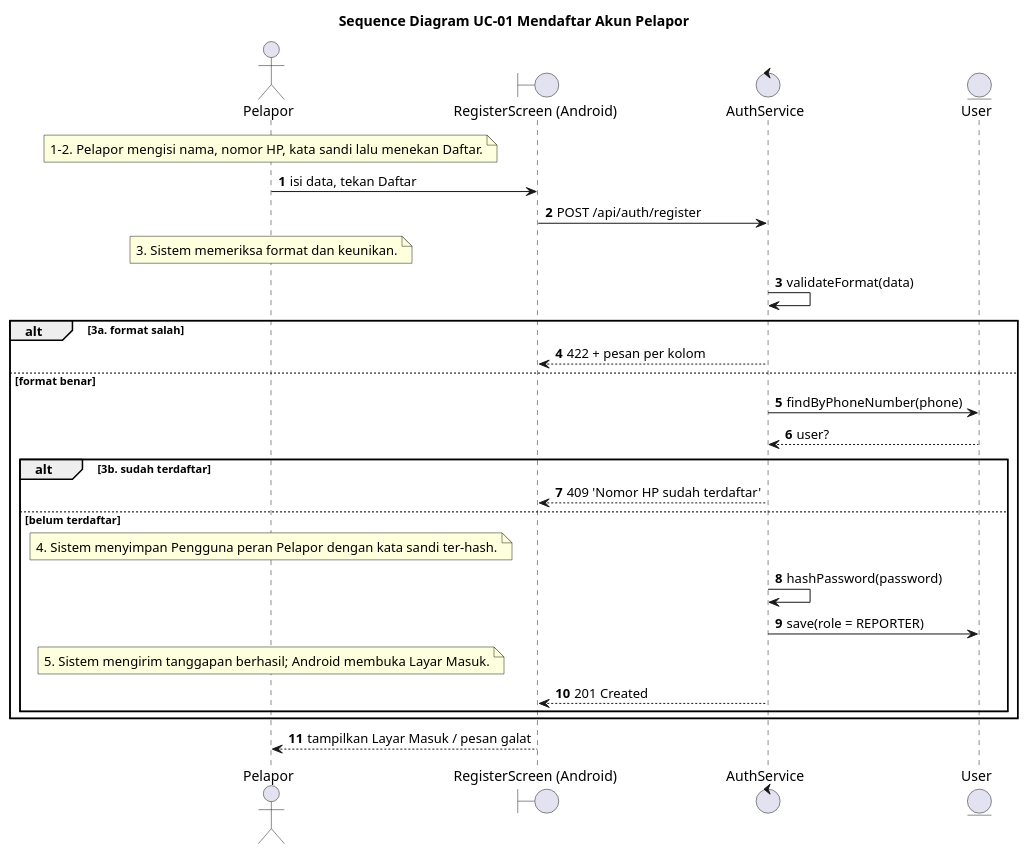
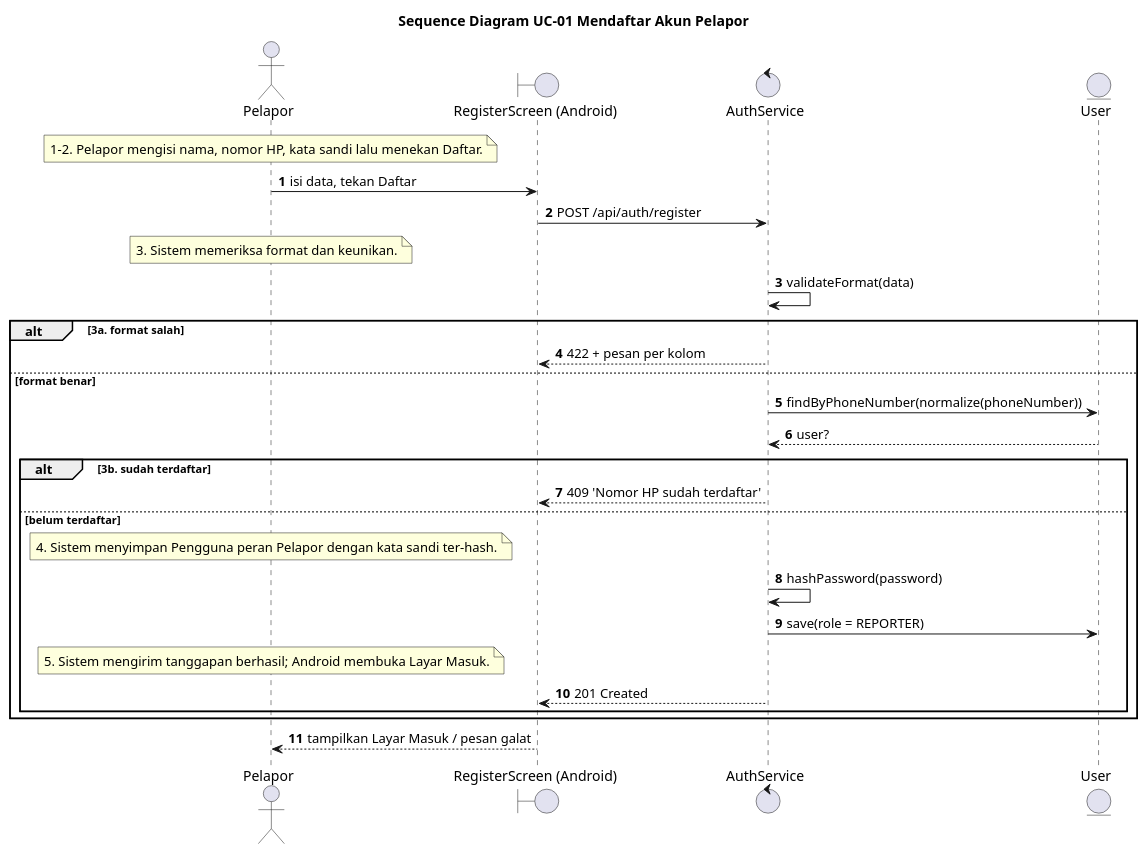
One commit to wirapatigilang/laporapi-api-web changed the diagram in specs/001-uc01-register-reporter/iconix/uc01-sequence.puml. Above: the diagram before and after it, drawn with PlantUML. The commit also changed 11 other files, not shown here.

First line of the commit message:
Diagram robustness dan sequence UC-01/UC-02 dirender ulang tanpa email

```diff
--- a/specs/001-uc01-register-reporter/iconix/uc01-sequence.puml
+++ b/specs/001-uc01-register-reporter/iconix/uc01-sequence.puml
@@ -1,29 +1,29 @@
 @startuml
 title Sequence Diagram UC-01 Mendaftar Akun Pelapor
 autonumber
 actor "Pelapor" as pel
 boundary "RegisterScreen (Android)" as lyr
 control "AuthService" as auth
 entity "User" as png
 note over pel : 1–2. Pelapor mengisi nama, nomor HP, kata sandi lalu menekan Daftar.
 pel -> lyr : isi data, tekan Daftar
 lyr -> auth : POST /api/auth/register
 note over pel : 3. Sistem memeriksa format dan keunikan.
 auth -> auth : validateFormat(data)
 alt 3a. format salah
 auth --> lyr : 422 + pesan per kolom
 else format benar
-auth -> png : findByPhoneNumber(phone)
+auth -> png : findByPhoneNumber(normalize(phoneNumber))
 png --> auth : user?
 alt 3b. sudah terdaftar
 auth --> lyr : 409 'Nomor HP sudah terdaftar'
 else belum terdaftar
 note over pel : 4. Sistem menyimpan Pengguna peran Pelapor dengan kata sandi ter-hash.
 auth -> auth : hashPassword(password)
 auth -> png : save(role = REPORTER)
 note over pel : 5. Sistem mengirim tanggapan berhasil; Android membuka Layar Masuk.
 auth --> lyr : 201 Created
 end
 end
 lyr --> pel : tampilkan Layar Masuk / pesan galat
 @enduml
```
